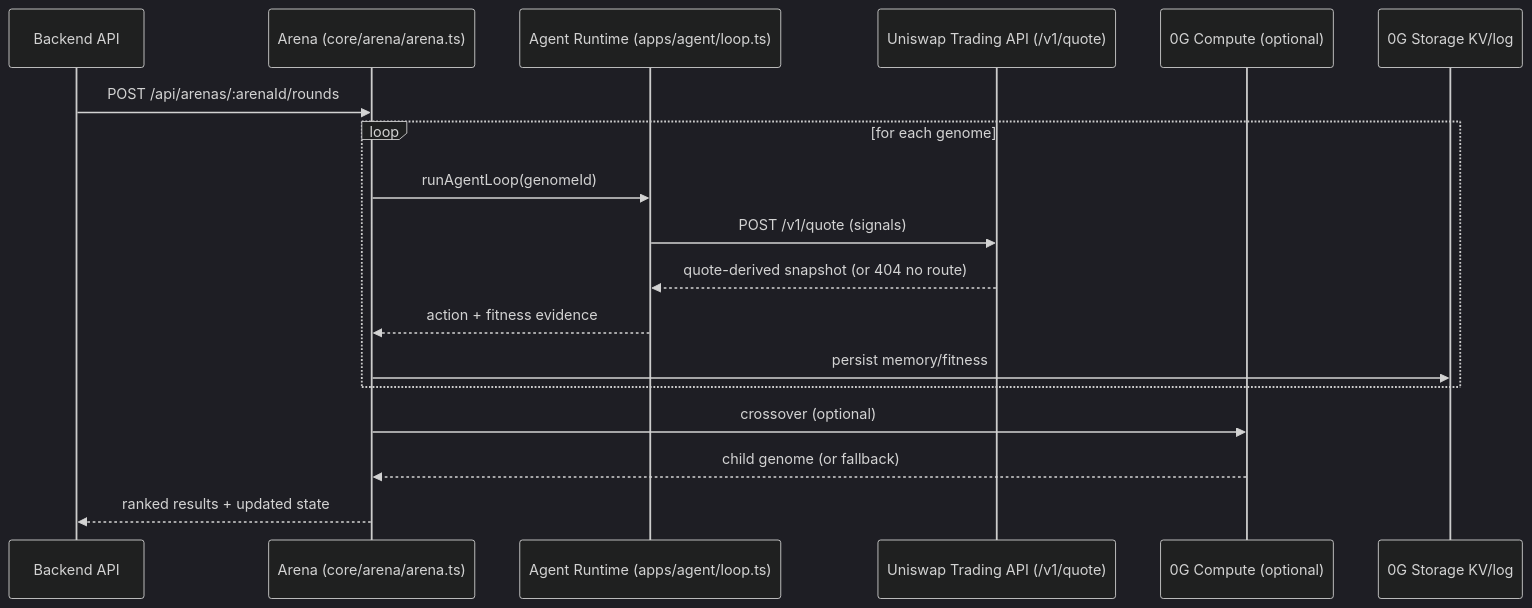
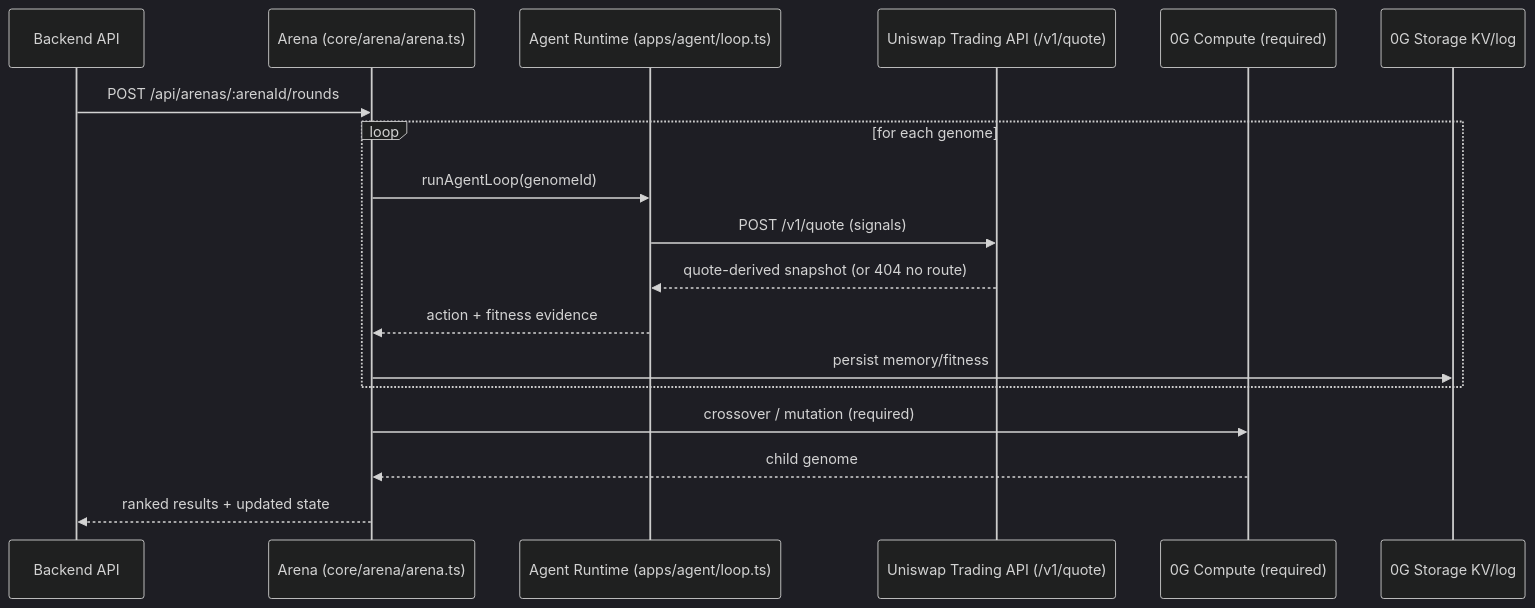
One commit to Apurvborhade/Cambrian changed the second of 2 diagrams in README.md. Above: the diagram before and after it, drawn with Mermaid (dark theme). The commit also changed other lines of this file, not shown here.

Commit message:
feat: make 0g compute required in docs

````diff
--- a/README.md
+++ b/README.md
@@ -54,20 +54,20 @@
 ```mermaid
 sequenceDiagram
   participant API as Backend API
   participant Arena as Arena (core/arena/arena.ts)
   participant Agent as Agent Runtime (apps/agent/loop.ts)
   participant Uni as Uniswap Trading API (/v1/quote)
-  participant G0 as 0G Compute (optional)
+  participant G0 as 0G Compute (required)
   participant KV as 0G Storage KV/log
   API->>Arena: POST /api/arenas/:arenaId/rounds
   loop for each genome
     Arena->>Agent: runAgentLoop(genomeId)
     Agent->>Uni: POST /v1/quote (signals)
     Uni-->>Agent: quote-derived snapshot (or 404 no route)
     Agent-->>Arena: action + fitness evidence
     Arena->>KV: persist memory/fitness
   end
-  Arena->>G0: crossover (optional)
-  G0-->>Arena: child genome (or fallback)
+  Arena->>G0: crossover / mutation (required)
+  G0-->>Arena: child genome
   Arena-->>API: ranked results + updated state
 ```
````
